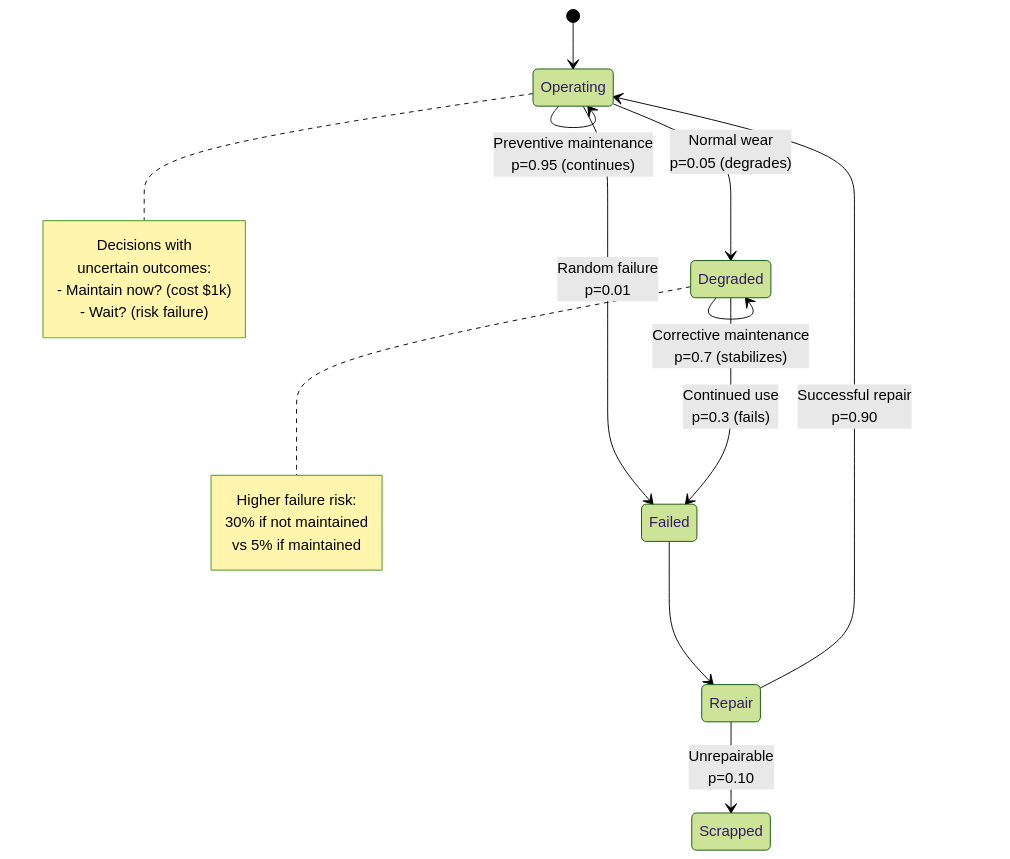
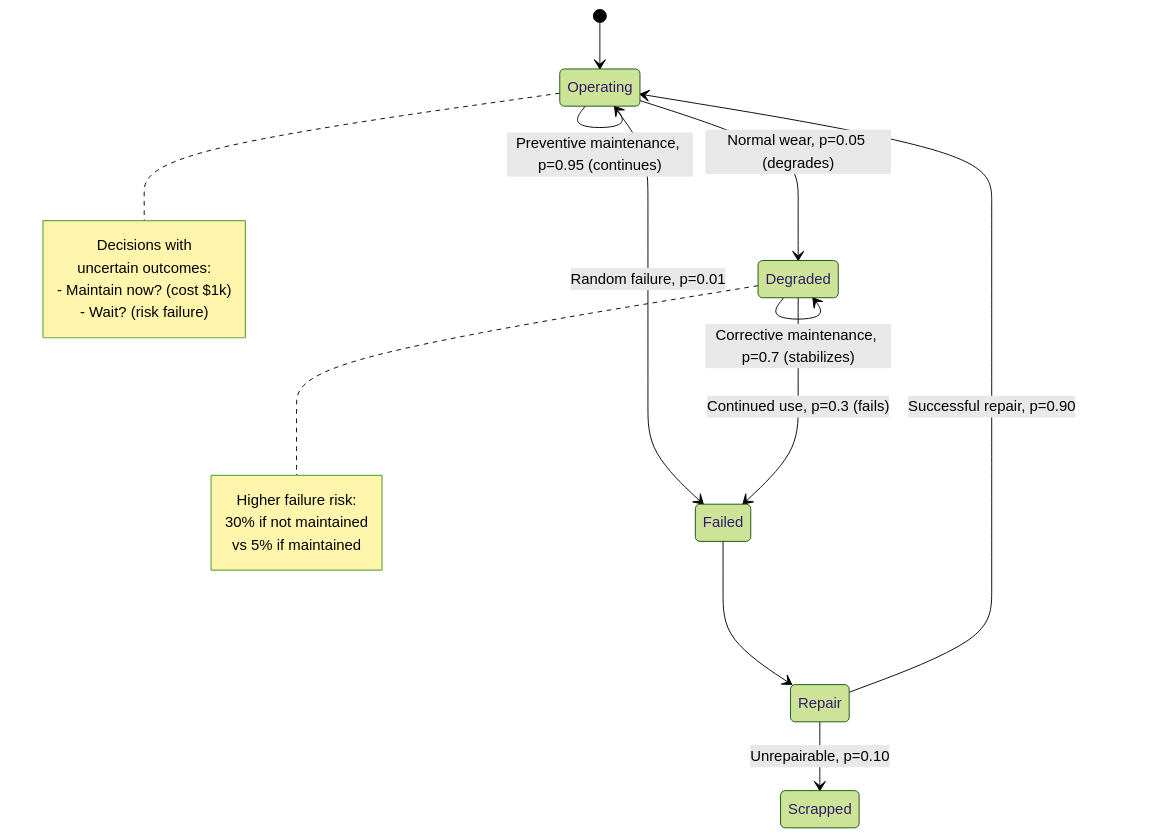
Before and after one commit to bhi5hmaraj/ai-risk-ttx: the fifth of 13 diagrams in research/ai_futures/eli/engineering_graduate.md, drawn with Mermaid (forest theme). The commit also changed other lines of this file and 8 other files, not shown here.

First line of the commit message:
fix: Remove all <br/> tags from Mermaid diagrams and add validation

````diff
--- a/research/ai_futures/eli/engineering_graduate.md
+++ b/research/ai_futures/eli/engineering_graduate.md
@@ -199,30 +199,30 @@
 ```mermaid
 stateDiagram-v2
     [*] --> Operating
 
-    Operating --> Operating: Preventive maintenance<br/>p=0.95 (continues)
-    Operating --> Degraded: Normal wear<br/>p=0.05 (degrades)
+    Operating --> Operating: Preventive maintenance, p=0.95 (continues)
+    Operating --> Degraded: Normal wear, p=0.05 (degrades)
 
-    Operating --> Failed: Random failure<br/>p=0.01
+    Operating --> Failed: Random failure, p=0.01
 
-    Degraded --> Degraded: Corrective maintenance<br/>p=0.7 (stabilizes)
-    Degraded --> Failed: Continued use<br/>p=0.3 (fails)
+    Degraded --> Degraded: Corrective maintenance, p=0.7 (stabilizes)
+    Degraded --> Failed: Continued use, p=0.3 (fails)
 
     Failed --> Repair
 
-    Repair --> Operating: Successful repair<br/>p=0.90
-    Repair --> Scrapped: Unrepairable<br/>p=0.10
+    Repair --> Operating: Successful repair, p=0.90
+    Repair --> Scrapped: Unrepairable, p=0.10
 
     note right of Operating
         Decisions with
         uncertain outcomes:
         - Maintain now? (cost $1k)
         - Wait? (risk failure)
     end note
 
     note right of Degraded
         Higher failure risk:
         30% if not maintained
         vs 5% if maintained
     end note
 ```
````
